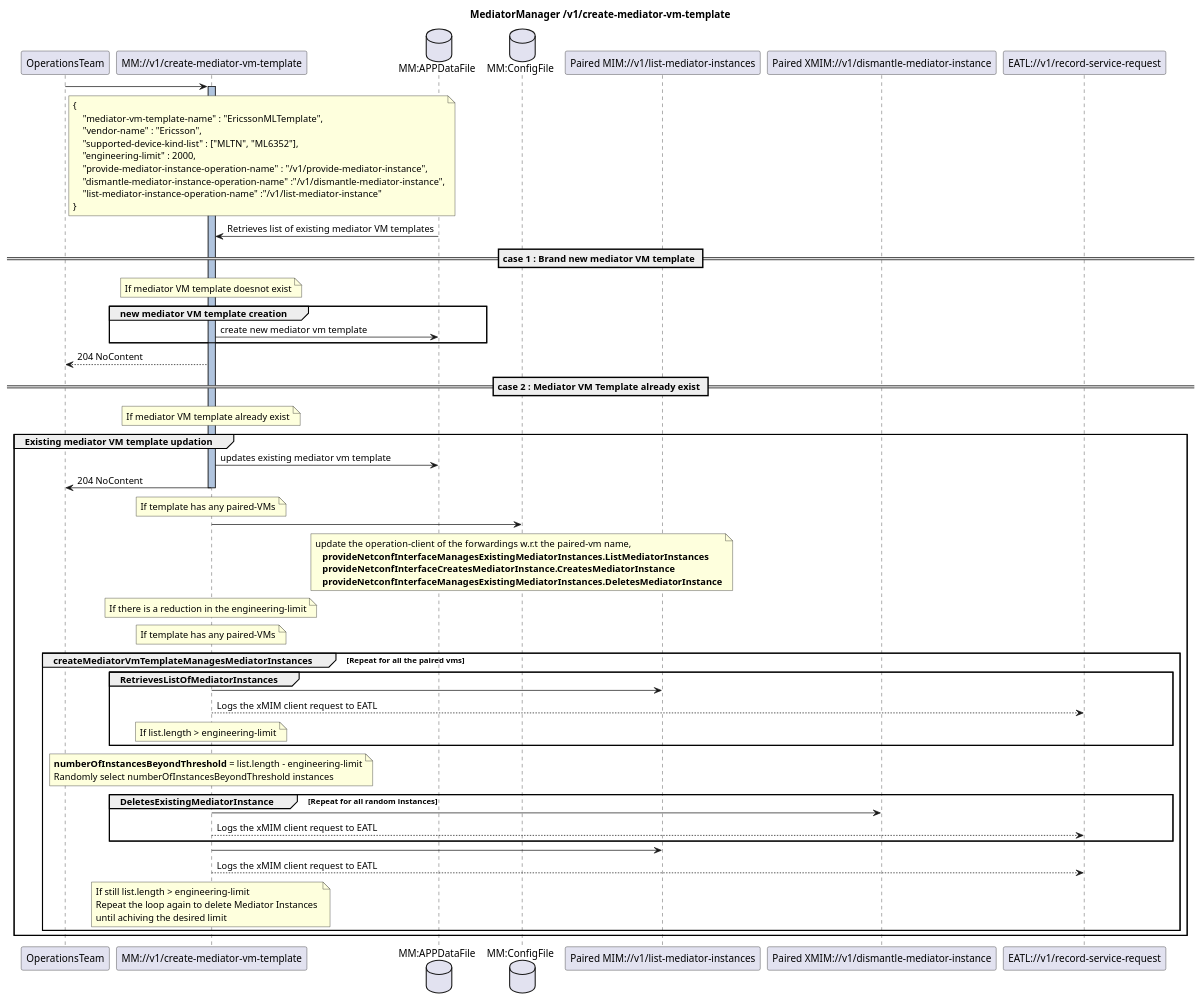
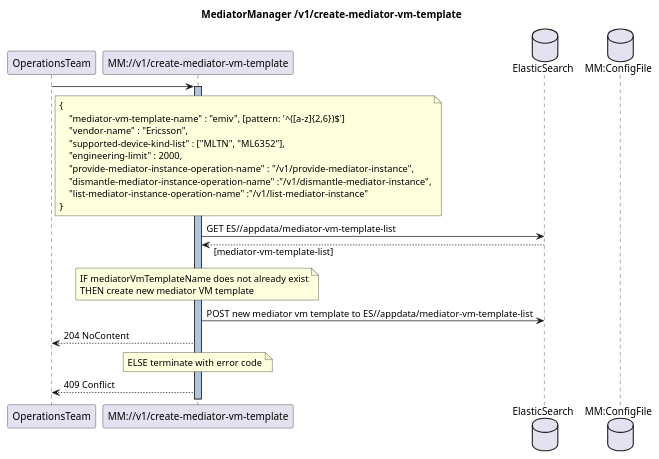
Before and after one commit to openBackhaul/MediatorManager: the diagram in spec/diagrams/MediatorVMtemplate/createMediatorVMTemplate.plantuml, drawn with PlantUML. The commit also changed 17 other files, not shown here.

```diff
--- a/spec/diagrams/MediatorVMtemplate/createMediatorVMTemplate.plantuml
+++ b/spec/diagrams/MediatorVMtemplate/createMediatorVMTemplate.plantuml
@@ -1,97 +1,42 @@
 @startuml CreateMediatorVmTemplate
 skinparam responseMessageBelowArrow true
 
 title
 MediatorManager /v1/create-mediator-vm-template
 end title
 
 participant "OperationsTeam" as OT
 participant "MM://v1/create-mediator-vm-template" as MM
-database "MM:APPDataFile" as AppData
+database "ElasticSearch" as ES
 database "MM:ConfigFile" as ConfigFile
-participant "Paired MIM://v1/list-mediator-instances" as MIMList
-participant "Paired XMIM://v1/dismantle-mediator-instance" as MIMDel
-participant "EATL://v1/record-service-request" as MIMEatl
 
 OT -> MM : 
 note right OT
-    {
-        "mediator-vm-template-name" : "EricssonMLTemplate",
-        "vendor-name" : "Ericsson",
-        "supported-device-kind-list" : ["MLTN", "ML6352"],
-        "engineering-limit" : 2000,
-        "provide-mediator-instance-operation-name" : "/v1/provide-mediator-instance",
-        "dismantle-mediator-instance-operation-name" :"/v1/dismantle-mediator-instance",
-        "list-mediator-instance-operation-name" :"/v1/list-mediator-instance"
-    }
+  {
+      "mediator-vm-template-name" : "emiv", [pattern: '^([a-z]{2,6})$']
+      "vendor-name" : "Ericsson",
+      "supported-device-kind-list" : ["MLTN", "ML6352"],
+      "engineering-limit" : 2000,
+      "provide-mediator-instance-operation-name" : "/v1/provide-mediator-instance",
+      "dismantle-mediator-instance-operation-name" :"/v1/dismantle-mediator-instance",
+      "list-mediator-instance-operation-name" :"/v1/list-mediator-instance"
+  }
 end note
 activate MM #LightSteelBlue
 
-AppData -> MM : Retrieves list of existing mediator VM templates
+MM -> ES : GET ES//appdata/mediator-vm-template-list
+MM <-- ES : [mediator-vm-template-list]
 
-== case 1 : Brand new mediator VM template ==
-note over MM
-   If mediator VM template doesnot exist
-end note
+  note over MM
+    IF mediatorVmTemplateName does not already exist
+    THEN create new mediator VM template
+  end note
+  MM -> ES : POST new mediator vm template to ES//appdata/mediator-vm-template-list
+  MM --> OT : 204 NoContent
 
-group new mediator VM template creation
-    MM -> AppData :  create new mediator vm template
-end
-
-MM --> OT : 204 NoContent
-
-== case 2 : Mediator VM Template already exist ==
-note over MM
-   If mediator VM template already exist
-end note
-
-group Existing mediator VM template updation
-    MM -> AppData :  updates existing mediator vm template
-    MM -> OT : 204 NoContent
-deactivate MM
-    note over MM
-        If template has any paired-VMs
-    end note
-    MM -> ConfigFile : 
-    note over ConfigFile
-        update the operation-client of the forwardings w.r.t the paired-vm name,
-          <b> provideNetconfInterfaceManagesExistingMediatorInstances.ListMediatorInstances
-          <b> provideNetconfInterfaceCreatesMediatorInstance.CreatesMediatorInstance
-          <b> provideNetconfInterfaceManagesExistingMediatorInstances.DeletesMediatorInstance
-    end note
-
-    note over MM
-       If there is a reduction in the engineering-limit
-    end note
-
-    note over MM
-       If template has any paired-VMs
-    end note
-
-    group createMediatorVmTemplateManagesMediatorInstances [Repeat for all the paired vms]
-        group RetrievesListOfMediatorInstances
-        MM -> MIMList :
-        MM --> MIMEatl : Logs the xMIM client request to EATL
-        note over MM
-            If list.length > engineering-limit
-        end note
-        end
-        note over MM
-            <b>numberOfInstancesBeyondThreshold</b> = list.length - engineering-limit
-            Randomly select numberOfInstancesBeyondThreshold instances
-        end note
-        group DeletesExistingMediatorInstance [Repeat for all random instances]
-            MM -> MIMDel : 
-            MM --> MIMEatl : Logs the xMIM client request to EATL
-        end note
-        MM -> MIMList :
-        MM --> MIMEatl : Logs the xMIM client request to EATL
-        note over MM
-            If still list.length > engineering-limit
-            Repeat the loop again to delete Mediator Instances 
-            until achiving the desired limit
-        end note
-    end    
-end
+  note over MM
+    ELSE terminate with error code
+  end note
+  MM --> OT : 409 Conflict
 
 @enduml
```
